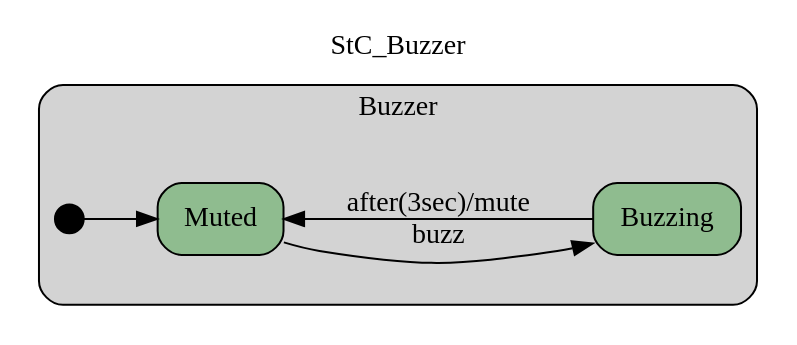
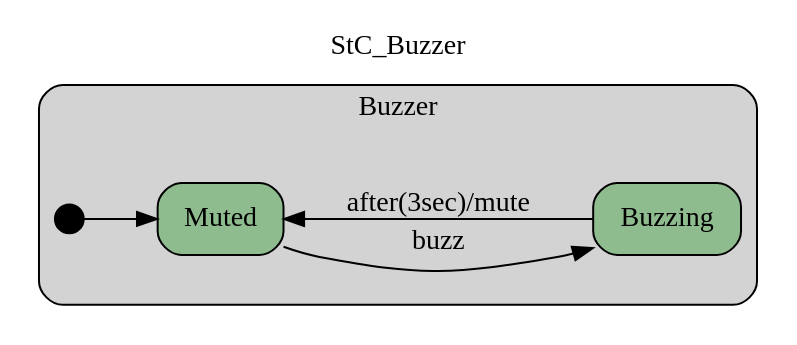
Before and after one commit to namalio/Fragmenta: the diagram in Haskell/Statecharts/Examples/img/Stc_Buzzer.gv, drawn with Graphviz. The commit also changed other lines of this file and 70 other files, not shown here.

```diff
--- a/Haskell/Statecharts/Examples/img/Stc_Buzzer.gv
+++ b/Haskell/Statecharts/Examples/img/Stc_Buzzer.gv
@@ -1,19 +1,19 @@
 digraph {
 compound=true;
 rankdir=LR;
 label="StC_Buzzer";
 labelloc=t;
 subgraph cluster_Buzzer {
 style="filled,rounded";
 label ="Buzzer";
 fillcolor = lightgray;
-Muted [shape=box,fillcolor=darkseagreen,style="filled,rounded",label=Muted];
-Buzzing [shape=box,fillcolor=darkseagreen,style="filled,rounded",label=Buzzing];
 init_St [shape = point,fillcolor=black,height=.2,width=.2,label=""];
 
+Buzzing [shape=box,fillcolor=darkseagreen,style="filled,rounded",label=Buzzing];
+Muted [shape=box,fillcolor=darkseagreen,style="filled,rounded",label=Muted];
 
+init_St->Muted[label="",  ];
+Buzzing->Muted[label="after(3sec)/mute",  ];
 Muted->Buzzing[label="buzz",  ];
-Buzzing->Muted[label="after(3sec)/mute",  ];
-init_St->Muted[label="",  ];
 }
 }
```
